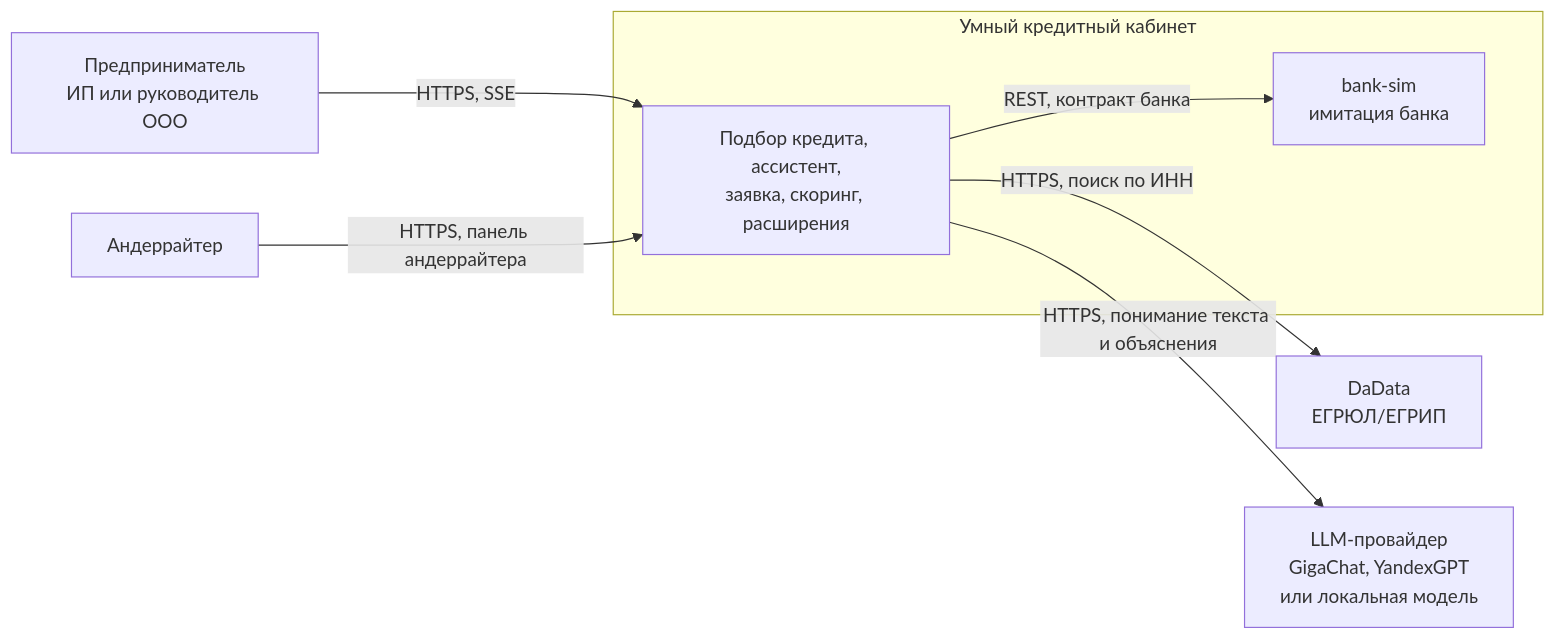
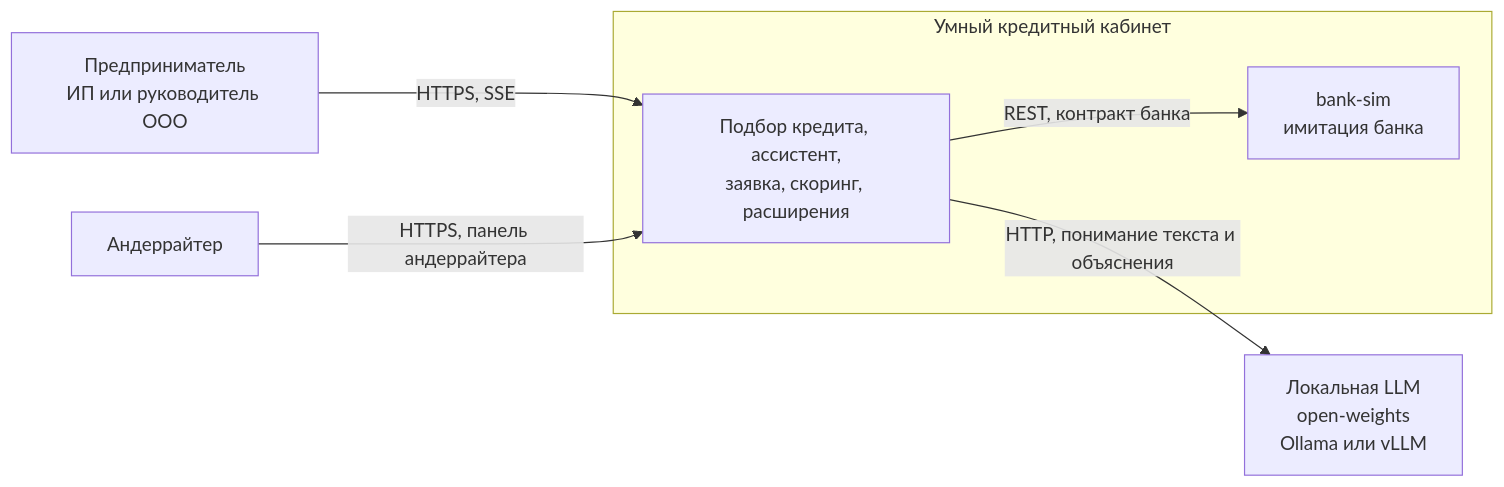
One commit to HRV220/AlfaHack2026 changed the second of 18 diagrams in docs/Архитектура прототипа — Умный кредитный кабинет (хакатон).md. Above: the diagram before and after it, drawn with Mermaid. The commit also changed other lines of this file and 4 other files, not shown here.

````diff
--- a/docs/Архитектура прототипа — Умный кредитный кабинет (хакатон).md
+++ b/docs/Архитектура прототипа — Умный кредитный кабинет (хакатон).md
@@ -82,16 +83,14 @@
 ```mermaid
 flowchart LR
   client["Предприниматель<br/>ИП или руководитель ООО"]
   uw["Андеррайтер"]
   subgraph sys["Умный кредитный кабинет"]
     cab["Подбор кредита, ассистент,<br/>заявка, скоринг, расширения"]
     sim["bank-sim<br/>имитация банка"]
   end
-  dadata["DaData<br/>ЕГРЮЛ/ЕГРИП"]
-  llm["LLM-провайдер<br/>GigaChat, YandexGPT<br/>или локальная модель"]
+  llm["Локальная LLM<br/>open-weights<br/>Ollama или vLLM"]
   client -->|HTTPS, SSE| cab
   uw -->|HTTPS, панель андеррайтера| cab
-  cab -->|HTTPS, поиск по ИНН| dadata
-  cab -->|HTTPS, понимание текста и объяснения| llm
+  cab -->|HTTP, понимание текста и объяснения| llm
   cab -->|REST, контракт банка| sim
 ```
````
